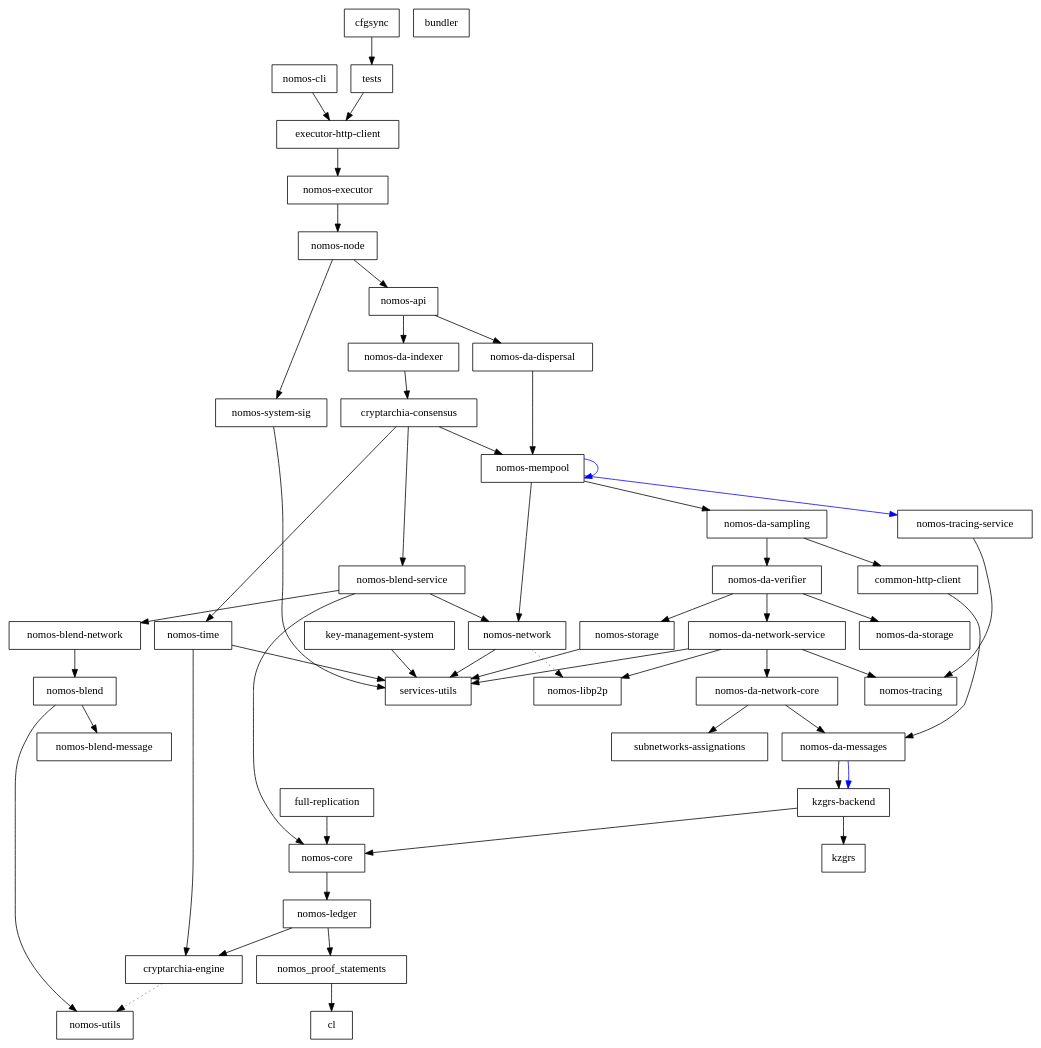
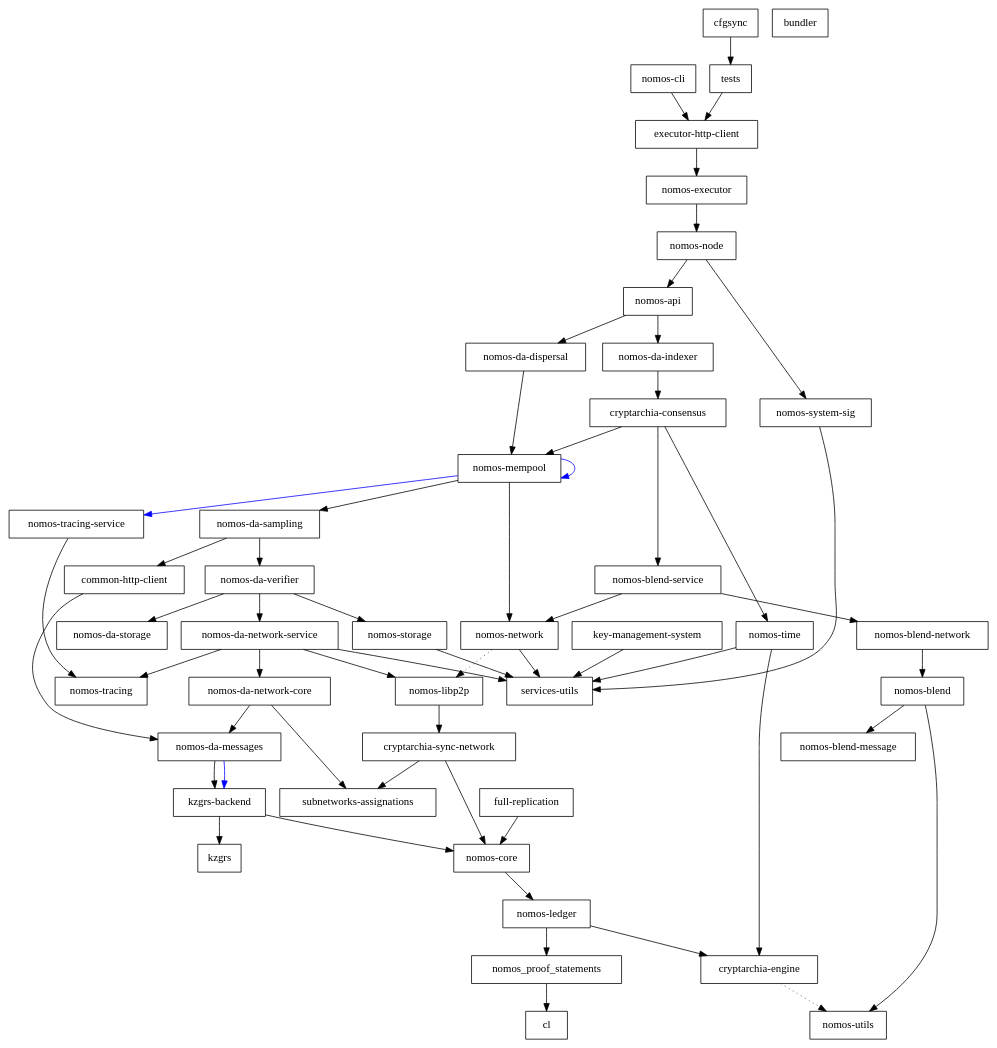
Before and after one commit to Astro521/logos-blockchain: the diagram in dependencies_graph.dot, drawn with Graphviz. The commit also changed 2 other files, not shown here.

Commit message:
refactor: introduce CryptarchiaAdapter for decoupling Synchronization with CryptarchiaConsensus (#1207)

```diff
--- a/dependencies_graph.dot
+++ b/dependencies_graph.dot
@@ -1,98 +1,101 @@
 digraph {
     0 [ label = "common-http-client" shape = box]
     1 [ label = "nomos-core" shape = box]
     2 [ label = "cl" shape = box]
     3 [ label = "cryptarchia-engine" shape = box]
     4 [ label = "nomos-utils" shape = box]
     5 [ label = "nomos-ledger" shape = box]
     6 [ label = "nomos_proof_statements" shape = box]
     7 [ label = "nomos-da-messages" shape = box]
     8 [ label = "kzgrs-backend" shape = box]
     9 [ label = "kzgrs" shape = box]
     10 [ label = "executor-http-client" shape = box]
     11 [ label = "nomos-executor" shape = box]
     12 [ label = "nomos-api" shape = box]
     13 [ label = "cryptarchia-consensus" shape = box]
-    14 [ label = "nomos-blend-service" shape = box]
-    15 [ label = "nomos-blend" shape = box]
-    16 [ label = "nomos-blend-message" shape = box]
-    17 [ label = "nomos-blend-network" shape = box]
-    18 [ label = "nomos-libp2p" shape = box]
-    19 [ label = "nomos-network" shape = box]
-    20 [ label = "services-utils" shape = box]
-    21 [ label = "nomos-da-sampling" shape = box]
-    22 [ label = "nomos-da-network-core" shape = box]
-    23 [ label = "subnetworks-assignations" shape = box]
-    24 [ label = "nomos-da-network-service" shape = box]
-    25 [ label = "nomos-tracing" shape = box]
-    26 [ label = "nomos-da-storage" shape = box]
-    27 [ label = "nomos-da-verifier" shape = box]
-    28 [ label = "nomos-storage" shape = box]
-    29 [ label = "nomos-mempool" shape = box]
-    30 [ label = "nomos-tracing-service" shape = box]
-    31 [ label = "nomos-time" shape = box]
-    32 [ label = "nomos-da-dispersal" shape = box]
-    33 [ label = "nomos-da-indexer" shape = box]
-    34 [ label = "nomos-node" shape = box]
-    35 [ label = "nomos-system-sig" shape = box]
-    36 [ label = "bundler" shape = box]
-    37 [ label = "nomos-cli" shape = box]
-    38 [ label = "full-replication" shape = box]
-    39 [ label = "key-management-system" shape = box]
-    40 [ label = "cfgsync" shape = box]
-    41 [ label = "tests" shape = box]
+    14 [ label = "cryptarchia-sync-network" shape = box]
+    15 [ label = "subnetworks-assignations" shape = box]
+    16 [ label = "nomos-blend-service" shape = box]
+    17 [ label = "nomos-blend" shape = box]
+    18 [ label = "nomos-blend-message" shape = box]
+    19 [ label = "nomos-blend-network" shape = box]
+    20 [ label = "nomos-libp2p" shape = box]
+    21 [ label = "nomos-network" shape = box]
+    22 [ label = "services-utils" shape = box]
+    23 [ label = "nomos-da-sampling" shape = box]
+    24 [ label = "nomos-da-network-core" shape = box]
+    25 [ label = "nomos-da-network-service" shape = box]
+    26 [ label = "nomos-tracing" shape = box]
+    27 [ label = "nomos-da-storage" shape = box]
+    28 [ label = "nomos-da-verifier" shape = box]
+    29 [ label = "nomos-storage" shape = box]
+    30 [ label = "nomos-mempool" shape = box]
+    31 [ label = "nomos-tracing-service" shape = box]
+    32 [ label = "nomos-time" shape = box]
+    33 [ label = "nomos-da-dispersal" shape = box]
+    34 [ label = "nomos-da-indexer" shape = box]
+    35 [ label = "nomos-node" shape = box]
+    36 [ label = "nomos-system-sig" shape = box]
+    37 [ label = "bundler" shape = box]
+    38 [ label = "nomos-cli" shape = box]
+    39 [ label = "full-replication" shape = box]
+    40 [ label = "key-management-system" shape = box]
+    41 [ label = "cfgsync" shape = box]
+    42 [ label = "tests" shape = box]
     0 -> 7 [ ]
     1 -> 5 [ ]
     3 -> 4 [ style = dotted]
     5 -> 3 [ ]
     5 -> 6 [ ]
     6 -> 2 [ ]
     7 -> 8 [ ]
     7 -> 8 [ color = blue]
     8 -> 9 [ ]
     8 -> 1 [ ]
     10 -> 11 [ ]
-    11 -> 34 [ ]
-    12 -> 32 [ ]
+    11 -> 35 [ ]
     12 -> 33 [ ]
-    13 -> 14 [ ]
-    13 -> 29 [ ]
-    13 -> 31 [ ]
-    14 -> 17 [ ]
+    12 -> 34 [ ]
+    13 -> 16 [ ]
+    13 -> 30 [ ]
+    13 -> 32 [ ]
     14 -> 1 [ ]
-    14 -> 19 [ ]
-    15 -> 16 [ ]
-    15 -> 4 [ ]
-    17 -> 15 [ ]
-    19 -> 18 [ style = dotted]
-    19 -> 20 [ ]
-    21 -> 0 [ ]
-    21 -> 27 [ ]
-    22 -> 7 [ ]
-    22 -> 23 [ ]
-    24 -> 22 [ ]
-    24 -> 18 [ ]
-    24 -> 25 [ ]
-    24 -> 20 [ ]
-    27 -> 24 [ ]
-    27 -> 26 [ ]
-    27 -> 28 [ ]
-    28 -> 20 [ ]
-    29 -> 21 [ ]
-    29 -> 29 [ color = blue]
-    29 -> 19 [ ]
-    29 -> 30 [ color = blue]
-    30 -> 25 [ ]
-    31 -> 3 [ ]
-    31 -> 20 [ ]
-    32 -> 29 [ ]
-    33 -> 13 [ ]
-    34 -> 12 [ ]
-    34 -> 35 [ ]
-    35 -> 20 [ ]
-    37 -> 10 [ ]
-    38 -> 1 [ ]
-    39 -> 20 [ ]
-    40 -> 41 [ ]
-    41 -> 10 [ ]
+    14 -> 15 [ ]
+    16 -> 19 [ ]
+    16 -> 21 [ ]
+    17 -> 18 [ ]
+    17 -> 4 [ ]
+    19 -> 17 [ ]
+    20 -> 14 [ ]
+    21 -> 20 [ style = dotted]
+    21 -> 22 [ ]
+    23 -> 0 [ ]
+    23 -> 28 [ ]
+    24 -> 7 [ ]
+    24 -> 15 [ ]
+    25 -> 24 [ ]
+    25 -> 20 [ ]
+    25 -> 26 [ ]
+    25 -> 22 [ ]
+    28 -> 25 [ ]
+    28 -> 27 [ ]
+    28 -> 29 [ ]
+    29 -> 22 [ ]
+    30 -> 23 [ ]
+    30 -> 30 [ color = blue]
+    30 -> 21 [ ]
+    30 -> 31 [ color = blue]
+    31 -> 26 [ ]
+    32 -> 3 [ ]
+    32 -> 22 [ ]
+    33 -> 30 [ ]
+    34 -> 13 [ ]
+    35 -> 12 [ ]
+    35 -> 36 [ ]
+    36 -> 22 [ ]
+    38 -> 10 [ ]
+    39 -> 1 [ ]
+    40 -> 22 [ ]
+    41 -> 42 [ ]
+    42 -> 10 [ ]
 }
```
